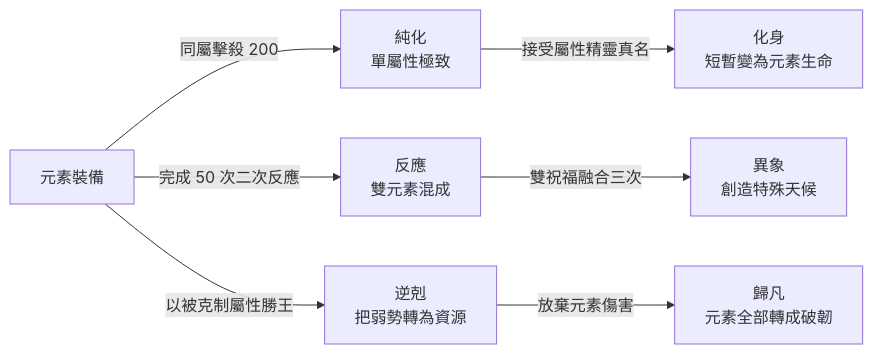
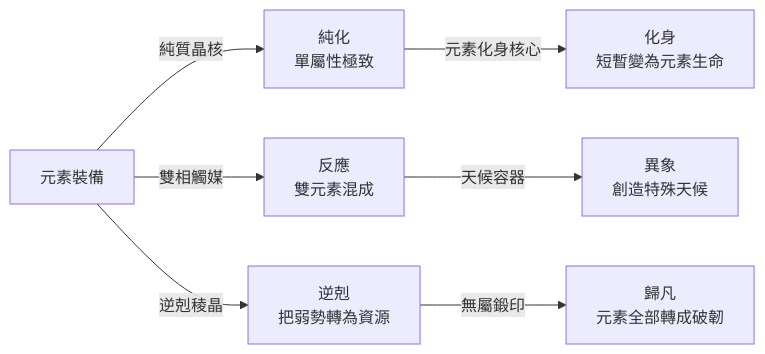
Before and after one commit to judadao/game_godot: the third of 11 diagrams in concept/story/game_story/05_戰鬥設計/裝備詞條與進化路線.md, drawn with Mermaid. The commit also changed other lines of this file and 72 other files, not shown here.

````diff
--- a/concept/story/game_story/05_戰鬥設計/裝備詞條與進化路線.md
+++ b/concept/story/game_story/05_戰鬥設計/裝備詞條與進化路線.md
@@ -172,9 +176,9 @@
 ```mermaid
 flowchart LR
-    A[元素裝備] -->|同屬擊殺 200| B[純化<br/>單屬性極致]
-    A -->|完成 50 次二次反應| C[反應<br/>雙元素混成]
-    A -->|以被克制屬性勝王| D[逆剋<br/>把弱勢轉為資源]
-    B -->|接受屬性精靈真名| E[化身<br/>短暫變為元素生命]
-    C -->|雙祝福融合三次| F[異象<br/>創造特殊天候]
-    D -->|放棄元素傷害| G[歸凡<br/>元素全部轉成破韌]
+    A[元素裝備] -->|純質晶核| B[純化<br/>單屬性極致]
+    A -->|雙相觸媒| C[反應<br/>雙元素混成]
+    A -->|逆剋稜晶| D[逆剋<br/>把弱勢轉為資源]
+    B -->|元素化身核心| E[化身<br/>短暫變為元素生命]
+    C -->|天候容器| F[異象<br/>創造特殊天候]
+    D -->|無屬鍛印| G[歸凡<br/>元素全部轉成破韌]
 ```
````
